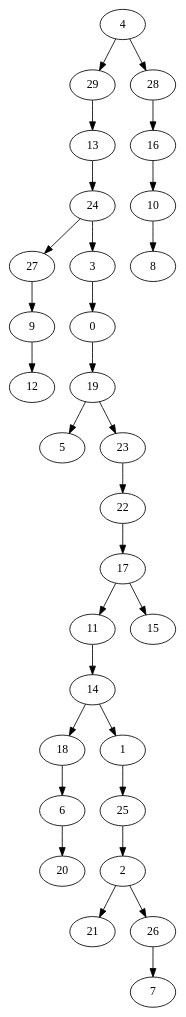
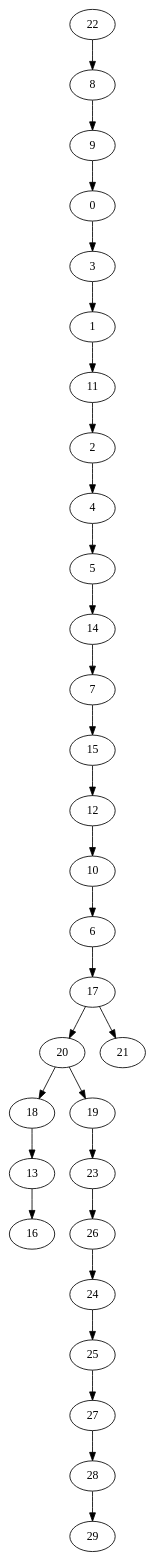
One commit to MiguelGarridoCastaneda/proyecto-parte2 changed the diagram in files gv/DFS_R30Geographicgraph.gv. Above: the diagram before and after it, drawn with Graphviz. The commit also changed 158 other files, not shown here.

```diff
--- a/files gv/DFS_R30Geographicgraph.gv
+++ b/files gv/DFS_R30Geographicgraph.gv
@@ -1,61 +1,61 @@
 digraph my_graph {
+22 [label=22]
+8 [label=8]
+9 [label=9]
+0 [label=0]
+3 [label=3]
+1 [label=1]
+11 [label=11]
+2 [label=2]
 4 [label=4]
-29 [label=29]
-13 [label=13]
-24 [label=24]
-27 [label=27]
-9 [label=9]
-12 [label=12]
-3 [label=3]
-0 [label=0]
-19 [label=19]
 5 [label=5]
-23 [label=23]
-22 [label=22]
-17 [label=17]
-11 [label=11]
 14 [label=14]
-18 [label=18]
-6 [label=6]
-20 [label=20]
-1 [label=1]
-25 [label=25]
-2 [label=2]
-21 [label=21]
-26 [label=26]
 7 [label=7]
 15 [label=15]
+12 [label=12]
+10 [label=10]
+6 [label=6]
+17 [label=17]
+20 [label=20]
+18 [label=18]
+13 [label=13]
+16 [label=16]
+19 [label=19]
+23 [label=23]
+26 [label=26]
+24 [label=24]
+25 [label=25]
+27 [label=27]
 28 [label=28]
-16 [label=16]
-10 [label=10]
-8 [label=8]
-4->29
-29->13
-13->24
-24->27
-27->9
-9->12
-24->3
-3->0
-0->19
-19->5
+29 [label=29]
+21 [label=21]
+22->8
+8->9
+9->0
+0->3
+3->1
+1->11
+11->2
+2->4
+4->5
+5->14
+14->7
+7->15
+15->12
+12->10
+10->6
+6->17
+17->20
+20->18
+18->13
+13->16
+20->19
 19->23
-23->22
-22->17
-17->11
-11->14
-14->18
-18->6
-6->20
-14->1
-1->25
-25->2
-2->21
-2->26
-26->7
-17->15
-4->28
-28->16
-16->10
-10->8
+23->26
+26->24
+24->25
+25->27
+27->28
+28->29
+17->21
 }
```
